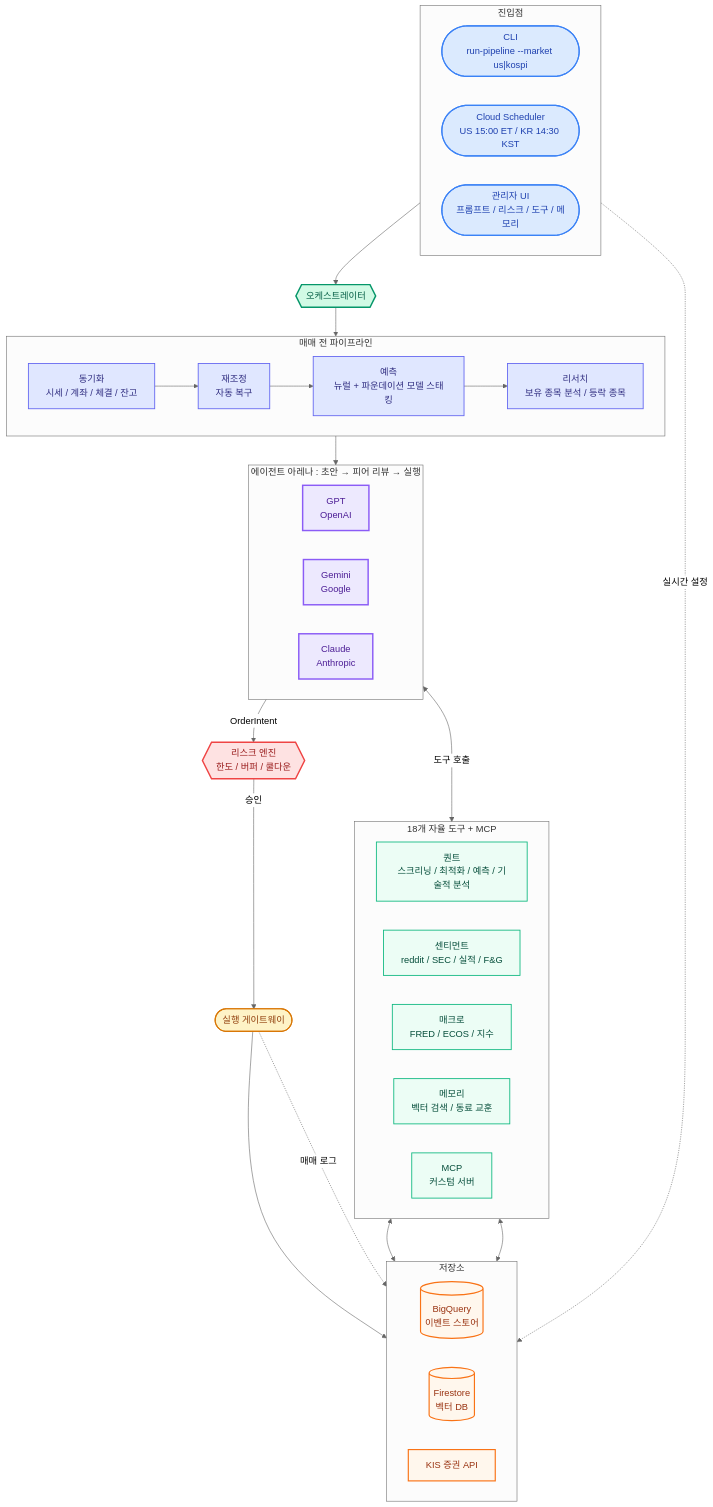
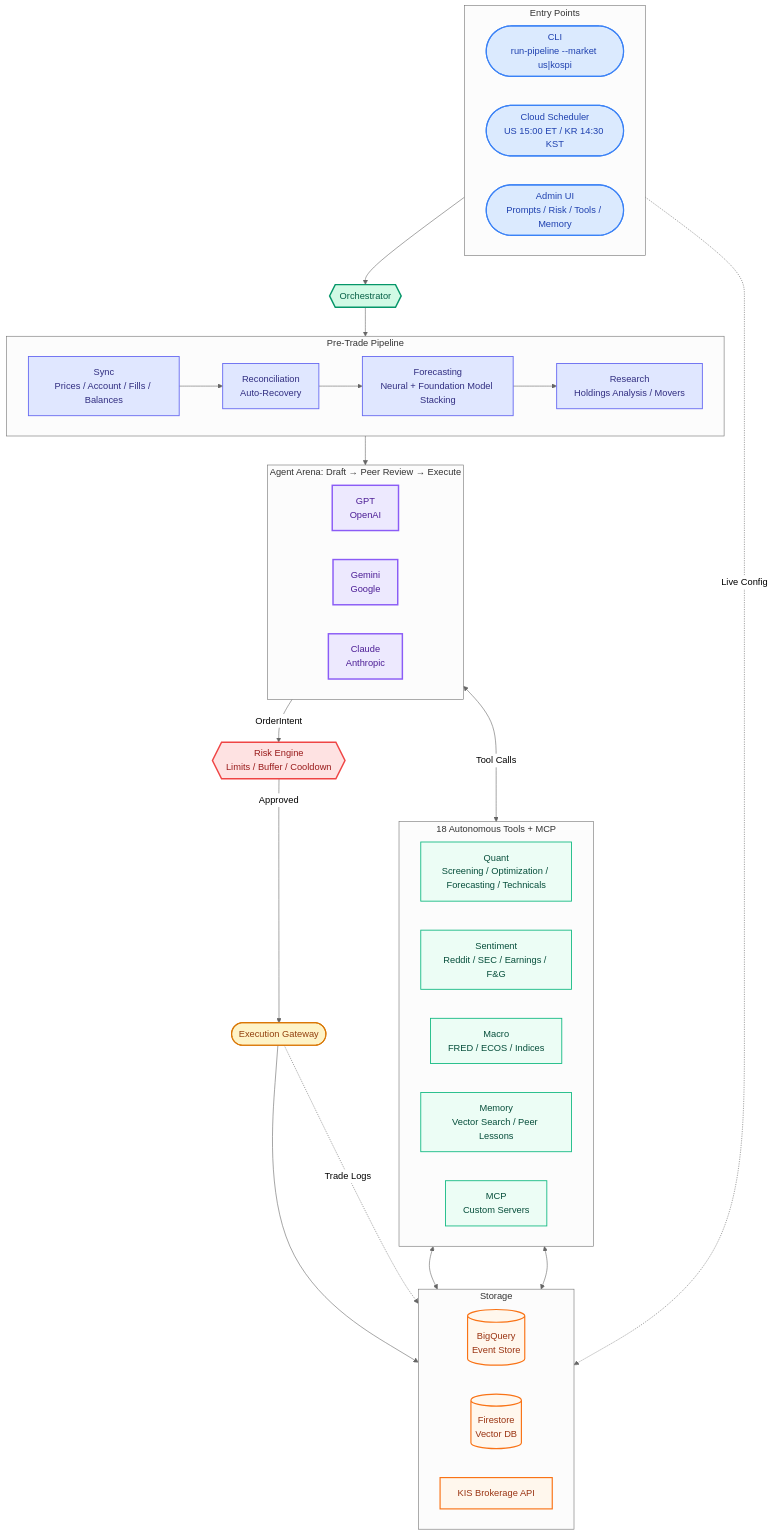
Before and after one commit to midnightnnn/llm_invest: the first of 3 diagrams in README.md, drawn with Mermaid (neutral theme). The commit also changed other lines of this file and 2 other files, not shown here.

````diff
--- a/README.md
+++ b/README.md
@@ -166,72 +166,72 @@
 ```mermaid
 flowchart TB
-    subgraph ENTRY["진입점"]
+    subgraph ENTRY["Entry Points"]
         direction LR
         CLI(["CLI\nrun-pipeline --market us|kospi"])
         SCHED(["Cloud Scheduler\nUS 15:00 ET / KR 14:30 KST"])
-        ADMIN(["관리자 UI\n프롬프트 / 리스크 / 도구 / 메모리"])
+        ADMIN(["Admin UI\nPrompts / Risk / Tools / Memory"])
     end
 
-    ORCH{{"오케스트레이터"}}
+    ORCH{{"Orchestrator"}}
 
-    subgraph PIPELINE["매매 전 파이프라인"]
+    subgraph PIPELINE["Pre-Trade Pipeline"]
         direction LR
-        SYNC["동기화\n시세 / 계좌 / 체결 / 잔고"]
-        RECON["재조정\n자동 복구"]
-        FCAST["예측\n뉴럴 + 파운데이션 모델 스태킹"]
-        RSRCH["리서치\n보유 종목 분석 / 등락 종목"]
+        SYNC["Sync\nPrices / Account / Fills / Balances"]
+        RECON["Reconciliation\nAuto-Recovery"]
+        FCAST["Forecasting\nNeural + Foundation Model Stacking"]
+        RSRCH["Research\nHoldings Analysis / Movers"]
         SYNC --> RECON --> FCAST --> RSRCH
     end
 
-    subgraph ARENA["에이전트 아레나 : 초안 → 피어 리뷰 → 실행"]
+    subgraph ARENA["Agent Arena: Draft → Peer Review → Execute"]
         direction LR
         GPT["GPT\nOpenAI"]
         GEM["Gemini\nGoogle"]
         CLD["Claude\nAnthropic"]
     end
 
-    subgraph TOOLS["18개 자율 도구 + MCP"]
+    subgraph TOOLS["18 Autonomous Tools + MCP"]
         direction LR
-        TQ["퀀트\n스크리닝 / 최적화 / 예측 / 기술적 분석"]
-        TS["센티먼트\nreddit / SEC / 실적 / F&G"]
-        TM["매크로\nFRED / ECOS / 지수"]
-        TC["메모리\n벡터 검색 / 동료 교훈"]
-        TMCP["MCP\n커스텀 서버"]
+        TQ["Quant\nScreening / Optimization / Forecasting / Technicals"]
+        TS["Sentiment\nReddit / SEC / Earnings / F&G"]
+        TM["Macro\nFRED / ECOS / Indices"]
+        TC["Memory\nVector Search / Peer Lessons"]
+        TMCP["MCP\nCustom Servers"]
     end
 
-    RISK{{"리스크 엔진\n한도 / 버퍼 / 쿨다운"}}
-    GW(["실행 게이트웨이"])
+    RISK{{"Risk Engine\nLimits / Buffer / Cooldown"}}
+    GW(["Execution Gateway"])
 
-    subgraph STORE["저장소"]
+    subgraph STORE["Storage"]
         direction LR
-        BQ[("BigQuery\n이벤트 스토어")]
-        FS[("Firestore\n벡터 DB")]
-        KIS["KIS 증권 API"]
+        BQ[("BigQuery\nEvent Store")]
+        FS[("Firestore\nVector DB")]
+        KIS["KIS Brokerage API"]
     end
 
     ENTRY --> ORCH --> PIPELINE --> ARENA
-    ARENA <-->|"도구 호출"| TOOLS
+    ARENA <-->|"Tool Calls"| TOOLS
     ARENA -->|"OrderIntent"| RISK
-    RISK -->|"승인"| GW --> KIS
+    RISK -->|"Approved"| GW --> KIS
     TOOLS <--> BQ & FS
-    ADMIN -.->|"실시간 설정"| BQ
-    GW -.->|"매매 로그"| BQ
+    ADMIN -.->|"Live Config"| BQ
+    GW -.->|"Trade Logs"| BQ
 
     classDef entry fill:#dbeafe,stroke:#3b82f6,stroke-width:2px,color:#1e40af
     classDef orch fill:#d1fae5,stroke:#059669,stroke-width:2.5px,color:#065f46
     classDef pipe fill:#e0e7ff,stroke:#6366f1,stroke-width:1.5px,color:#312e81
     classDef agent fill:#ede9fe,stroke:#8b5cf6,stroke-width:2.5px,color:#4c1d95
     classDef tool fill:#ecfdf5,stroke:#10b981,stroke-width:1.5px,color:#064e3b
     classDef risk fill:#fee2e2,stroke:#ef4444,stroke-width:2.5px,color:#991b1b
     classDef gw fill:#fef3c7,stroke:#d97706,stroke-width:2px,color:#92400e
     classDef store fill:#fff7ed,stroke:#f97316,stroke-width:2px,color:#9a3412
 
     class CLI,SCHED,ADMIN entry
     class ORCH orch
     class SYNC,RECON,FCAST,RSRCH pipe
     class GPT,GEM,CLD agent
     class TQ,TS,TM,TC,TMCP tool
     class RISK risk
     class GW gw
     class BQ,FS,KIS store
 ```
````
